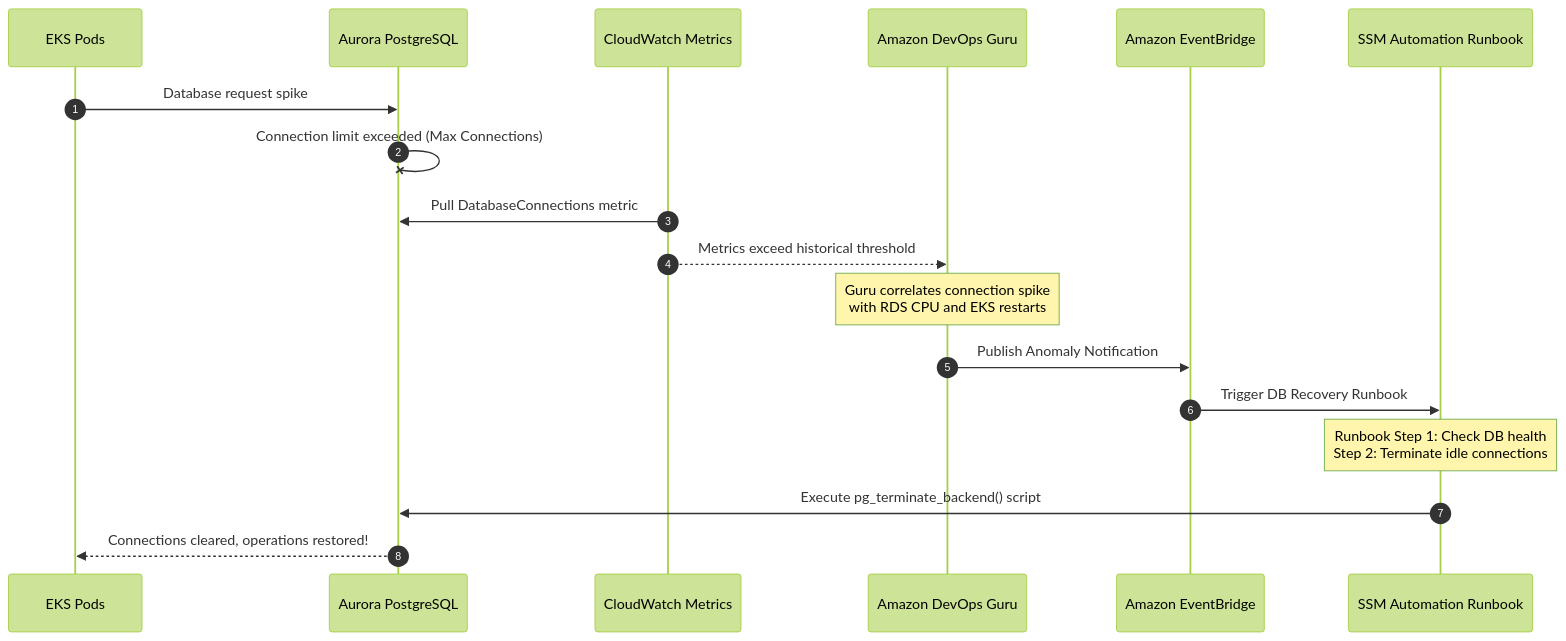
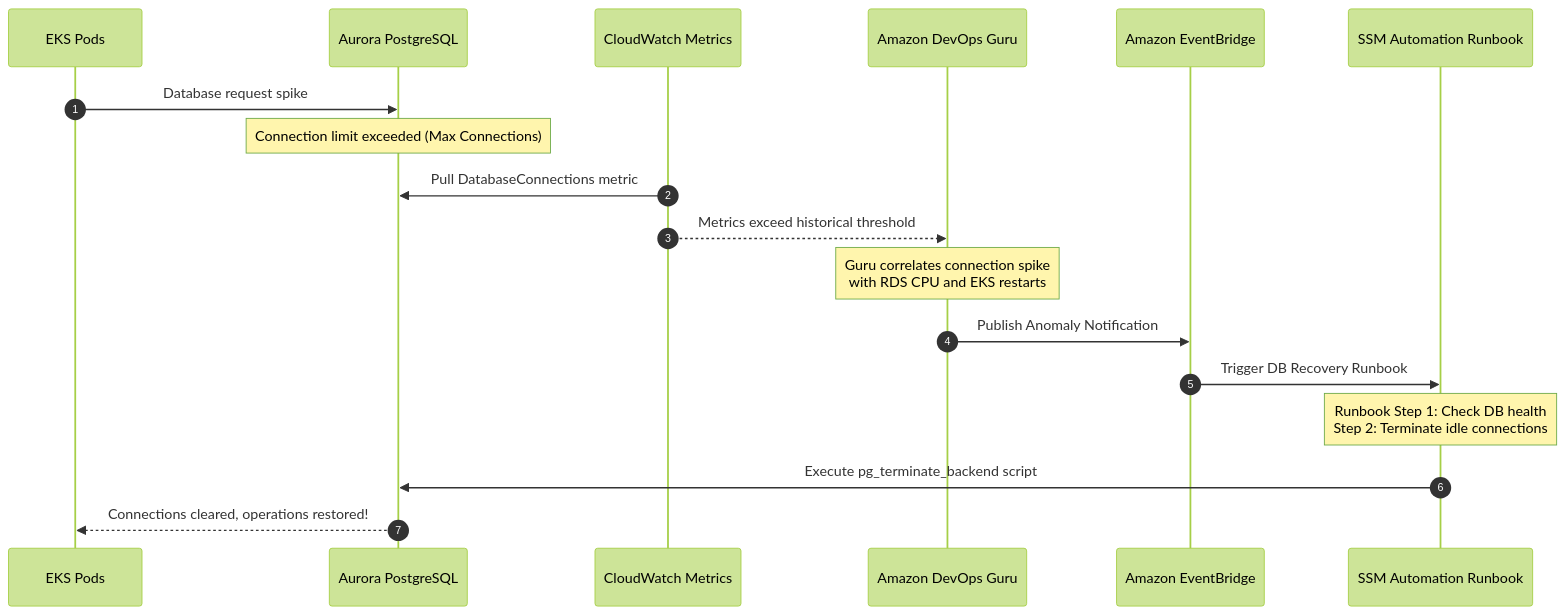
One commit to himanshubhardwaj87/awesome-aws-architecture changed the second of 2 diagrams in concepts/aiops-on-aws.md. Above: the diagram before and after it, drawn with Mermaid (forest theme). The commit also changed other lines of this file, not shown here.

Commit message:
refactor: update mermaid diagrams with standardized syntax and clarified labels for AIOps architecture and recovery flow

````diff
--- a/concepts/aiops-on-aws.md
+++ b/concepts/aiops-on-aws.md
@@ -131,21 +131,21 @@
 ```mermaid
 sequenceDiagram
     autonumber
     participant App as EKS Pods
     participant DB as Aurora PostgreSQL
     participant CW as CloudWatch Metrics
     participant Guru as Amazon DevOps Guru
     participant EB as Amazon EventBridge
     participant SSM as SSM Automation Runbook
     
     App->>DB: Database request spike
-    DB-xDB: Connection limit exceeded (Max Connections)
+    Note over DB: Connection limit exceeded (Max Connections)
     CW->>DB: Pull DatabaseConnections metric
     CW-->>Guru: Metrics exceed historical threshold
     Note over Guru: Guru correlates connection spike<br/>with RDS CPU and EKS restarts
     Guru->>EB: Publish Anomaly Notification
     EB->>SSM: Trigger DB Recovery Runbook
     Note over SSM: Runbook Step 1: Check DB health<br/>Step 2: Terminate idle connections
-    SSM->>DB: Execute pg_terminate_backend() script
+    SSM->>DB: Execute pg_terminate_backend script
     DB-->>App: Connections cleared, operations restored!
 ```
````
